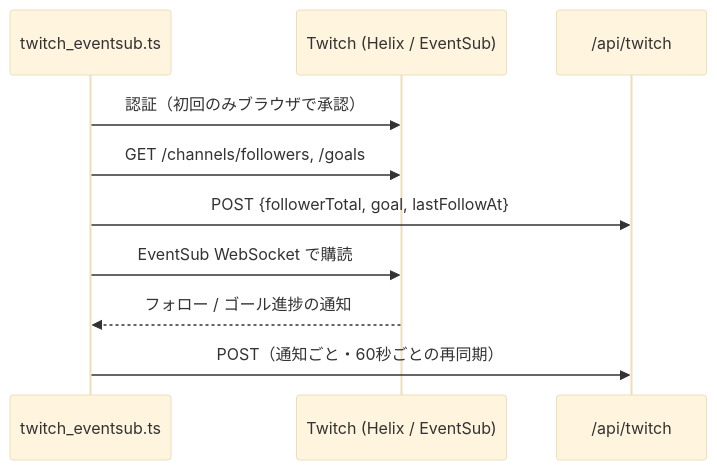
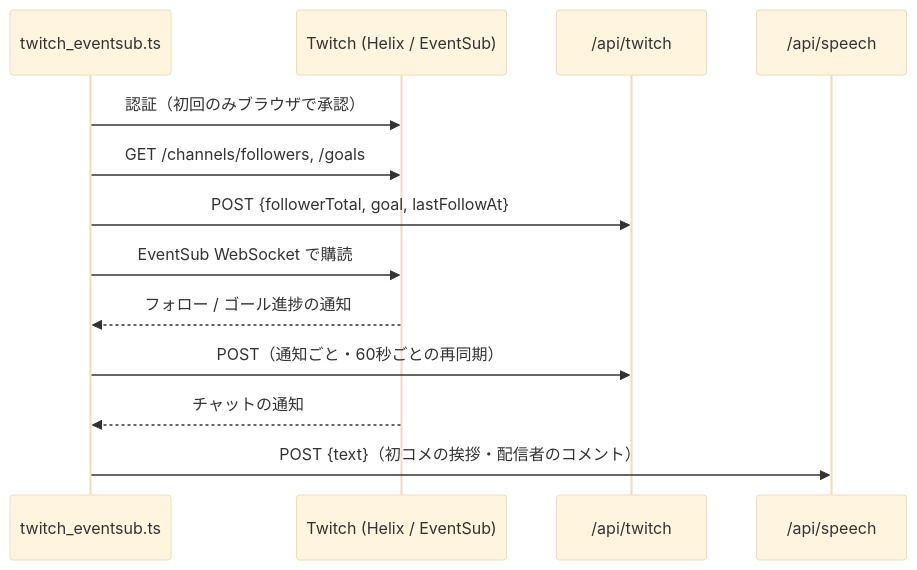
The diagram in tools/twitch-eventsub/README.md (eddie-splatoon/splatoon-point-counter), drawn with Mermaid (base theme) before and after one commit. The commit also changed other lines of this file and 5 other files, not shown here.

````diff
--- a/tools/twitch-eventsub/README.md
+++ b/tools/twitch-eventsub/README.md
@@ -11,12 +11,15 @@
 ```mermaid
 sequenceDiagram
     participant Script as twitch_eventsub.ts
     participant Twitch as Twitch (Helix / EventSub)
     participant API as /api/twitch
+    participant Speech as /api/speech
     Script->>Twitch: 認証（初回のみブラウザで承認）
     Script->>Twitch: GET /channels/followers, /goals
     Script->>API: POST {followerTotal, goal, lastFollowAt}
     Script->>Twitch: EventSub WebSocket で購読
     Twitch-->>Script: フォロー / ゴール進捗の通知
     Script->>API: POST（通知ごと・60秒ごとの再同期）
+    Twitch-->>Script: チャットの通知
+    Script->>Speech: POST {text}（初コメの挨拶・配信者のコメント）
 ```
````
